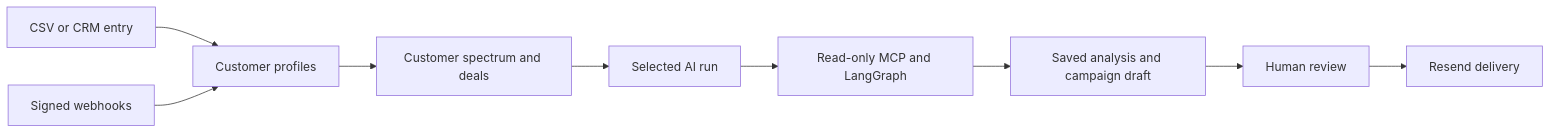
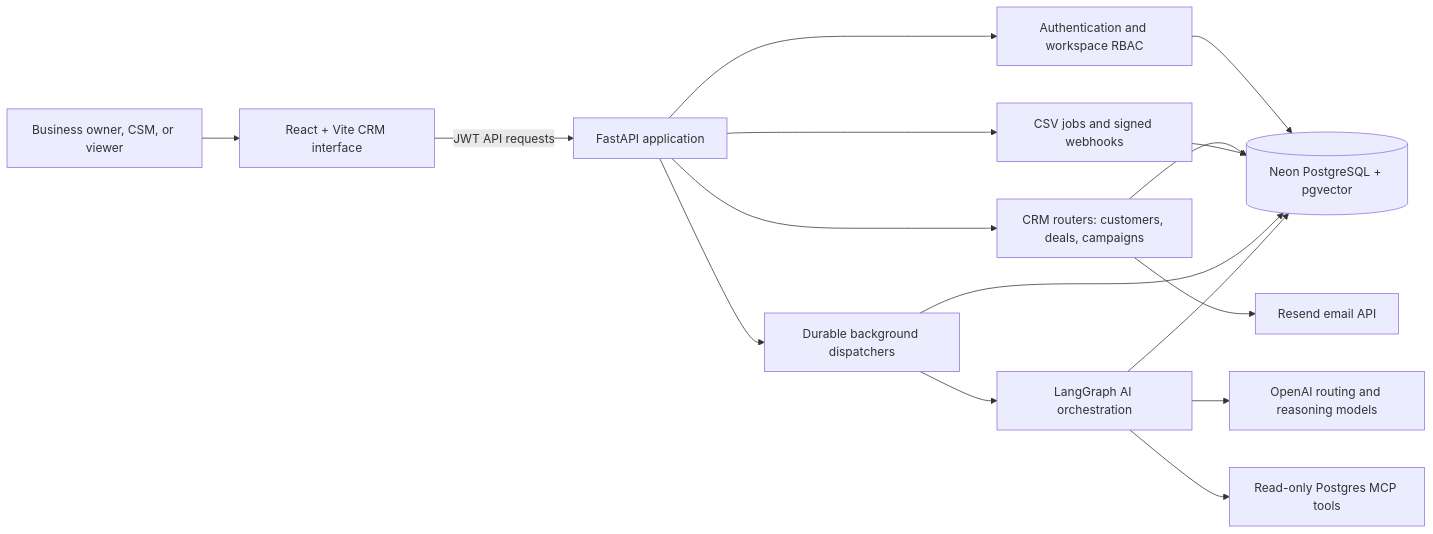
Before and after one commit to avi-sh712/TFCRM: the first of 4 diagrams in README.md, drawn with Mermaid. The commit also changed other lines of this file and 2 other files, not shown here.

Commit message:
Document CRM workflows and verify email delivery

````diff
--- a/README.md
+++ b/README.md
@@ -258,11 +33,18 @@
 ```mermaid
 flowchart LR
-    A[CSV or CRM entry] --> C[Customer profiles]
-    B[Signed webhooks] --> C
-    C --> D[Customer spectrum and deals]
-    D --> E[Selected AI run]
-    E --> F[Read-only MCP and LangGraph]
-    F --> G[Saved analysis and campaign draft]
-    G --> H[Human review]
-    H --> I[Resend delivery]
+    User[Business owner, CSM, or viewer] --> UI[React + Vite CRM interface]
+    UI -->|JWT API requests| API[FastAPI application]
+    API --> Auth[Authentication and workspace RBAC]
+    API --> CRM[CRM routers: customers, deals, campaigns]
+    API --> Intake[CSV jobs and signed webhooks]
+    API --> Queue[Durable background dispatchers]
+    Queue --> Agents[LangGraph AI orchestration]
+    Agents --> OpenAI[OpenAI routing and reasoning models]
+    Agents --> MCP[Read-only Postgres MCP tools]
+    CRM --> Email[Resend email API]
+    Auth --> DB[(Neon PostgreSQL + pgvector)]
+    CRM --> DB
+    Intake --> DB
+    Queue --> DB
+    Agents --> DB
 ```
````
